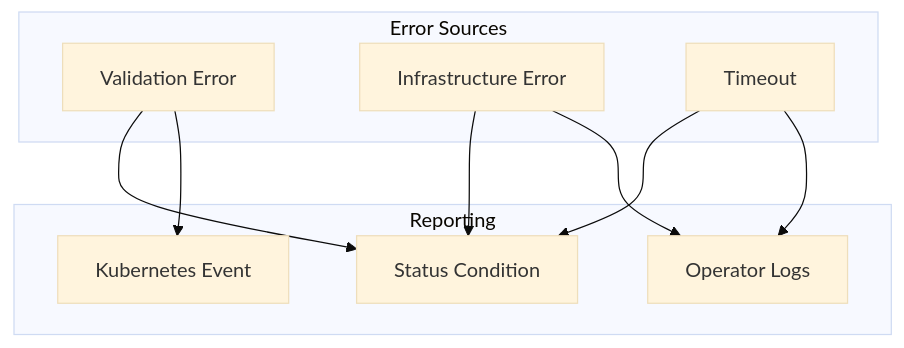
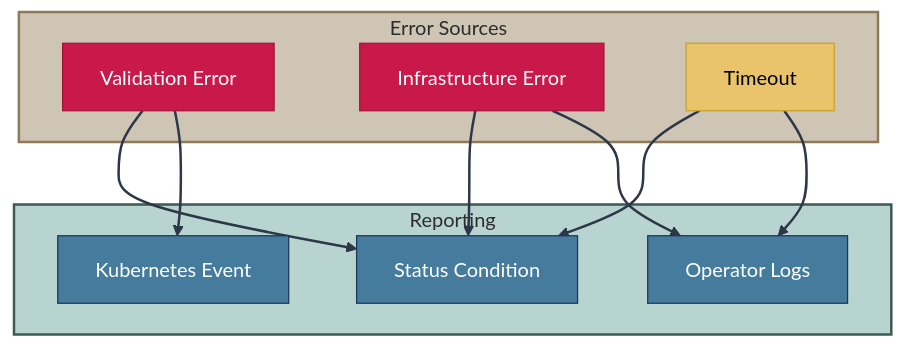
One commit to zszabo-rh/openshift-install-guide changed the seventh of 7 diagrams in 07-operators-controllers/overview.md. Above: the diagram before and after it, drawn with Mermaid (base theme). The commit also changed other lines of this file and 16 other files, not shown here.

Commit message:
improved diagram style

````diff
--- a/07-operators-controllers/overview.md
+++ b/07-operators-controllers/overview.md
@@ -219,21 +286,33 @@
 ```mermaid
 graph TB
-    subgraph "Error Sources"
+    subgraph sources["Error Sources"]
         VALIDATION[Validation Error]
         INFRA[Infrastructure Error]
         TIMEOUT[Timeout]
     end
     
-    subgraph "Reporting"
+    subgraph reporting["Reporting"]
         CONDITION[Status Condition]
         EVENT[Kubernetes Event]
         LOG[Operator Logs]
     end
     
     VALIDATION --> CONDITION
     VALIDATION --> EVENT
     INFRA --> CONDITION
     INFRA --> LOG
     TIMEOUT --> CONDITION
     TIMEOUT --> LOG
+    
+    style VALIDATION fill:#c9184a,stroke:#a4133c,color:#fff
+    style INFRA fill:#c9184a,stroke:#a4133c,color:#fff
+    style TIMEOUT fill:#e9c46a,stroke:#c9a227,color:#000
+    style CONDITION fill:#457b9d,stroke:#1d3557,color:#fff
+    style EVENT fill:#457b9d,stroke:#1d3557,color:#fff
+    style LOG fill:#457b9d,stroke:#1d3557,color:#fff
+    
+    style sources fill:#cfc5b5,stroke:#8d7a5a,stroke-width:2px,color:#2d2d2d
+    style reporting fill:#b8d4d0,stroke:#3d5a52,stroke-width:2px,color:#2d2d2d
+    
+    linkStyle default stroke:#2d3748,stroke-width:2px
 ```
````
